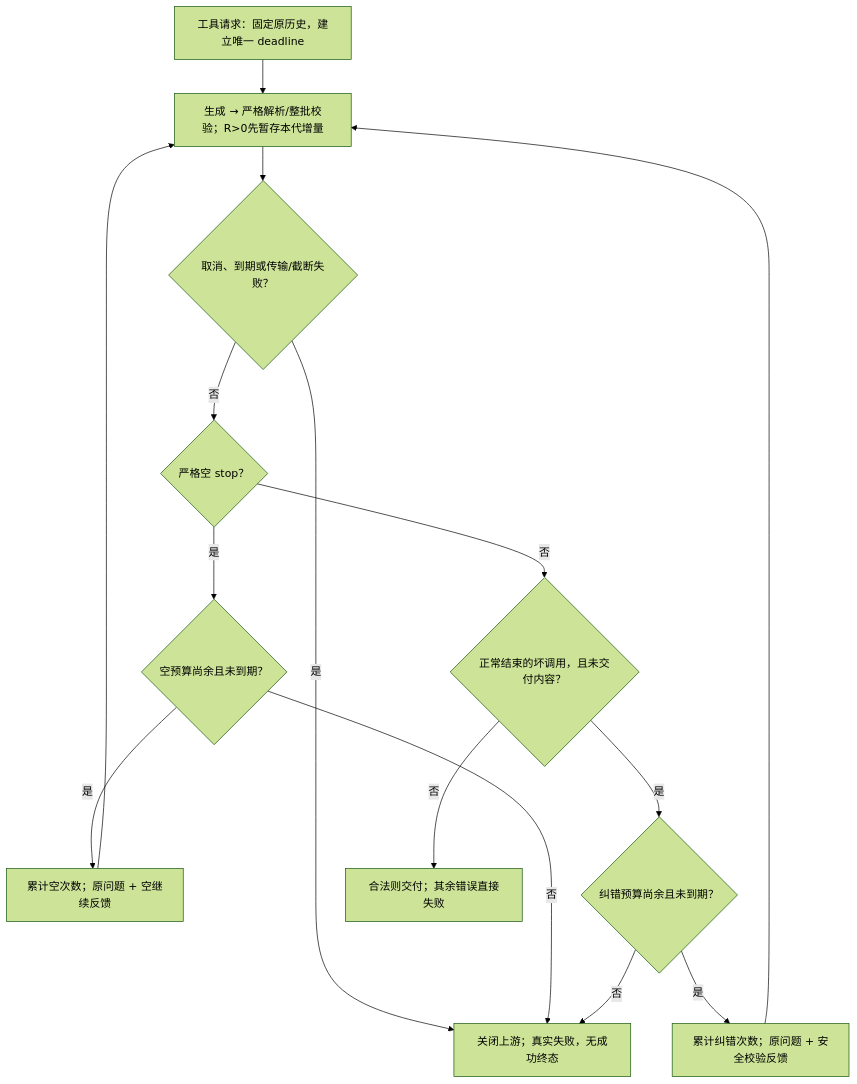
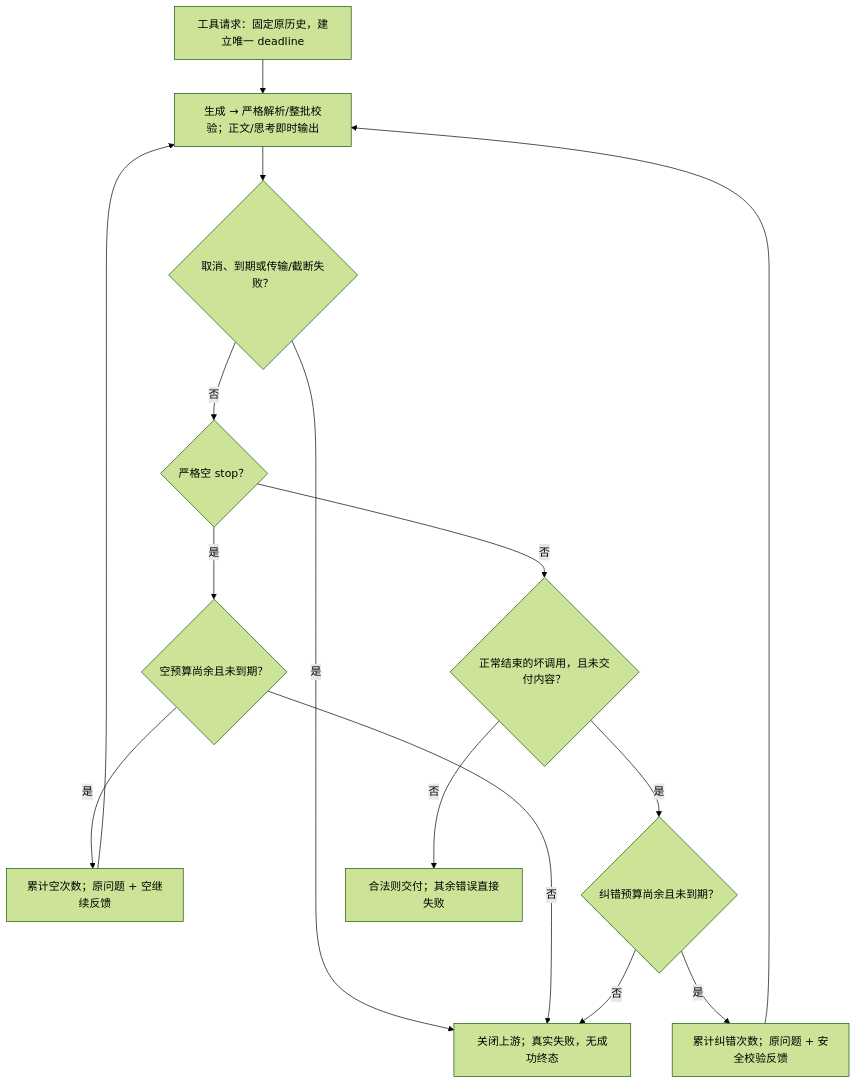
The second of 2 diagrams in docs/STAGE_NATIVE_FIRST.md (FrozenYears/shanghaitech-genai2api), drawn with Mermaid (forest theme) before and after one commit. The commit also changed other lines of this file and 7 other files, not shown here.

````diff
--- a/docs/STAGE_NATIVE_FIRST.md
+++ b/docs/STAGE_NATIVE_FIRST.md
@@ -100,17 +100,17 @@
 ```mermaid
 flowchart TD
-    A["工具请求：固定原历史，建立唯一 deadline"] --> B["生成 → 严格解析/整批校验；R>0先暂存本代增量"]
+    A["工具请求：固定原历史，建立唯一 deadline"] --> B["生成 → 严格解析/整批校验；正文/思考即时输出"]
     B --> C{"取消、到期或传输/截断失败？"}
     C -->|"是"| X["关闭上游；真实失败，无成功终态"]
     C -->|"否"| D{"严格空 stop？"}
     D -->|"是"| E{"空预算尚余且未到期？"}
     E -->|"是"| F["累计空次数；原问题 + 空继续反馈"]
     F --> B
     E -->|"否"| X
     D -->|"否"| G{"正常结束的坏调用，且未交付内容？"}
     G -->|"是"| H{"纠错预算尚余且未到期？"}
     H -->|"是"| I["累计纠错次数；原问题 + 安全校验反馈"]
     I --> B
     H -->|"否"| X
     G -->|"否"| J["合法则交付；其余错误直接失败"]
 ```
````
